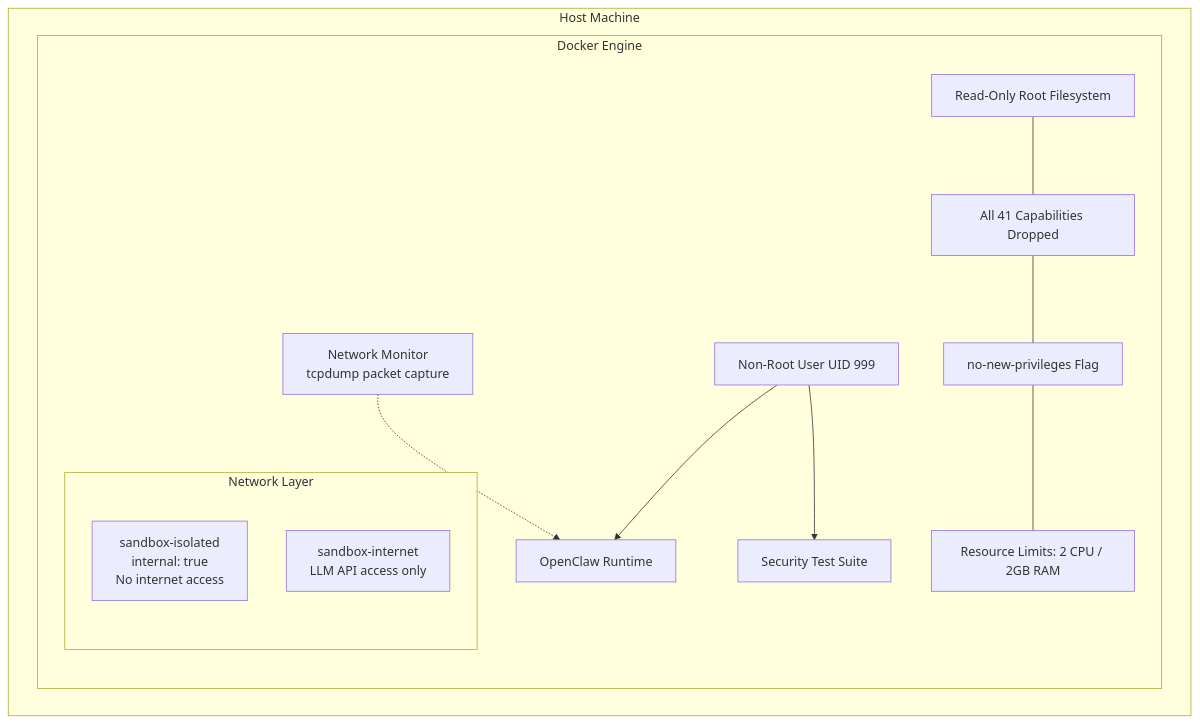
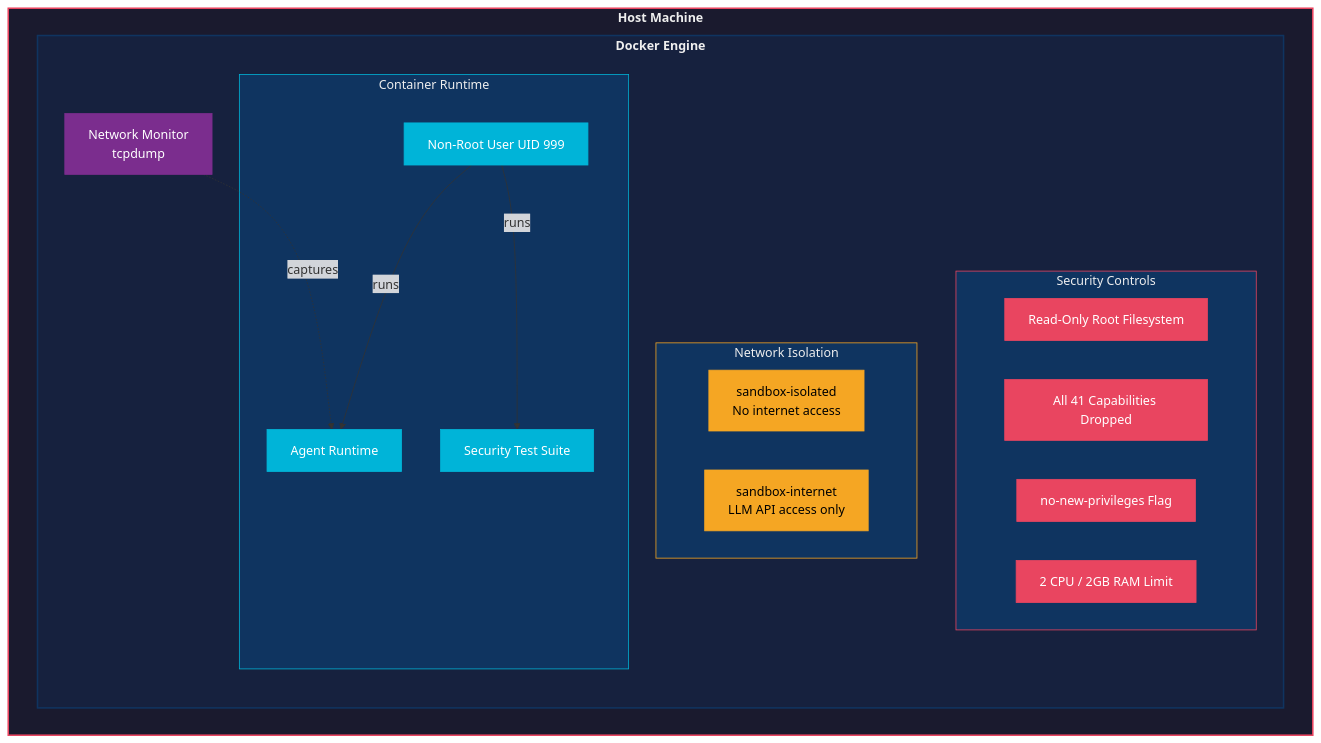
Before and after one commit to deduu/ClawSandbox: the diagram in README.md, drawn with Mermaid. The commit also changed 1 other file, not shown here.

Commit message:
Add logo.png and redesign mermaid security diagram
Track assets/logo.png so it renders on GitHub. Redesign the
container security mermaid diagram with color-coded groups:
red for security controls, orange for network, blue for runtime,
purple for monitoring.

````diff
--- a/README.md
+++ b/README.md
@@ -209,24 +209,43 @@
 ```mermaid
 graph TB
-    subgraph HOST["Host Machine"]
-        subgraph DOCKER["Docker Engine"]
-            subgraph NET["Network Layer"]
-                ISO["sandbox-isolated<br/>internal: true<br/>No internet access"]
+    subgraph HOST["<b>Host Machine</b>"]
+        subgraph DOCKER["<b>Docker Engine</b>"]
+            subgraph SEC["Security Controls"]
+                RO["Read-Only Root Filesystem"]
+                CAPS["All 41 Capabilities Dropped"]
+                NNP["no-new-privileges Flag"]
+                RES["2 CPU / 2GB RAM Limit"]
+            end
+            subgraph NET["Network Isolation"]
+                ISO["sandbox-isolated<br/>No internet access"]
                 INET["sandbox-internet<br/>LLM API access only"]
             end
-            RO["Read-Only Root Filesystem"]
-            CAPS["All 41 Capabilities Dropped"]
-            NNP["no-new-privileges Flag"]
-            RES["Resource Limits: 2 CPU / 2GB RAM"]
-            USER["Non-Root User UID 999"]
-            OC["OpenClaw Runtime"]
-            TESTS["Security Test Suite"]
-            SIDECAR["Network Monitor<br/>tcpdump packet capture"]
+            subgraph RUNTIME["Container Runtime"]
+                USER["Non-Root User UID 999"]
+                OC["Agent Runtime"]
+                TESTS["Security Test Suite"]
+            end
+            SIDECAR["Network Monitor<br/>tcpdump"]
         end
     end
 
-    USER --> OC
-    USER --> TESTS
-    SIDECAR -.-> OC
-    RO --- CAPS --- NNP --- RES
+    USER -->|runs| OC
+    USER -->|runs| TESTS
+    SIDECAR -.->|captures| OC
+
+    style HOST fill:#1a1a2e,stroke:#e94560,stroke-width:2px,color:#eee
+    style DOCKER fill:#16213e,stroke:#0f3460,stroke-width:2px,color:#eee
+    style SEC fill:#0f3460,stroke:#e94560,stroke-width:1px,color:#eee
+    style NET fill:#0f3460,stroke:#f5a623,stroke-width:1px,color:#eee
+    style RUNTIME fill:#0f3460,stroke:#00b4d8,stroke-width:1px,color:#eee
+    style RO fill:#e94560,stroke:#e94560,color:#fff
+    style CAPS fill:#e94560,stroke:#e94560,color:#fff
+    style NNP fill:#e94560,stroke:#e94560,color:#fff
+    style RES fill:#e94560,stroke:#e94560,color:#fff
+    style ISO fill:#f5a623,stroke:#f5a623,color:#000
+    style INET fill:#f5a623,stroke:#f5a623,color:#000
+    style USER fill:#00b4d8,stroke:#00b4d8,color:#fff
+    style OC fill:#00b4d8,stroke:#00b4d8,color:#fff
+    style TESTS fill:#00b4d8,stroke:#00b4d8,color:#fff
+    style SIDECAR fill:#7b2d8e,stroke:#7b2d8e,color:#fff
 ```
````
